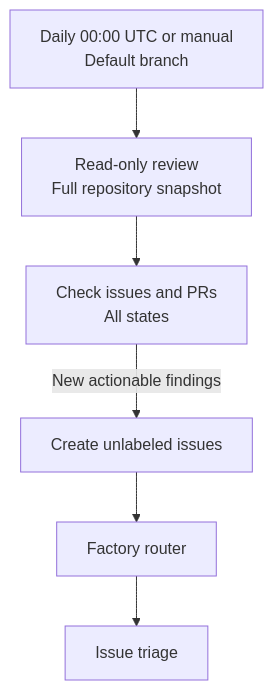
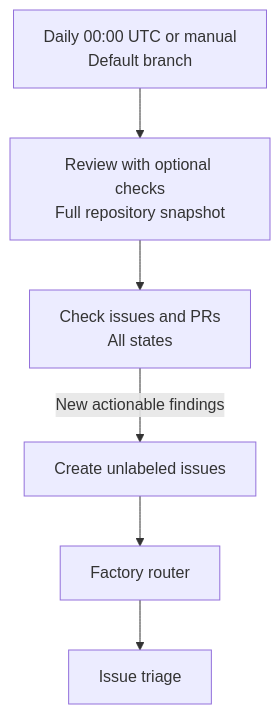
Before and after one commit to VasiliyNovikov/Factory: the third of 3 diagrams in README.md, drawn with Mermaid. The commit also changed other lines of this file and 4 other files, not shown here.

````diff
--- a/README.md
+++ b/README.md
@@ -79,7 +86,7 @@
 ```mermaid
 flowchart TD
-    trigger["Daily 00:00 UTC or manual<br/>Default branch"] --> review["Read-only review<br/>Full repository snapshot"]
+    trigger["Daily 00:00 UTC or manual<br/>Default branch"] --> review["Review with optional checks<br/>Full repository snapshot"]
     review --> duplicates["Check issues and PRs<br/>All states"]
     duplicates -->|New actionable findings| issues["Create unlabeled issues"]
     issues --> router["Factory router"] --> triage["Issue triage"]
 ```
````
